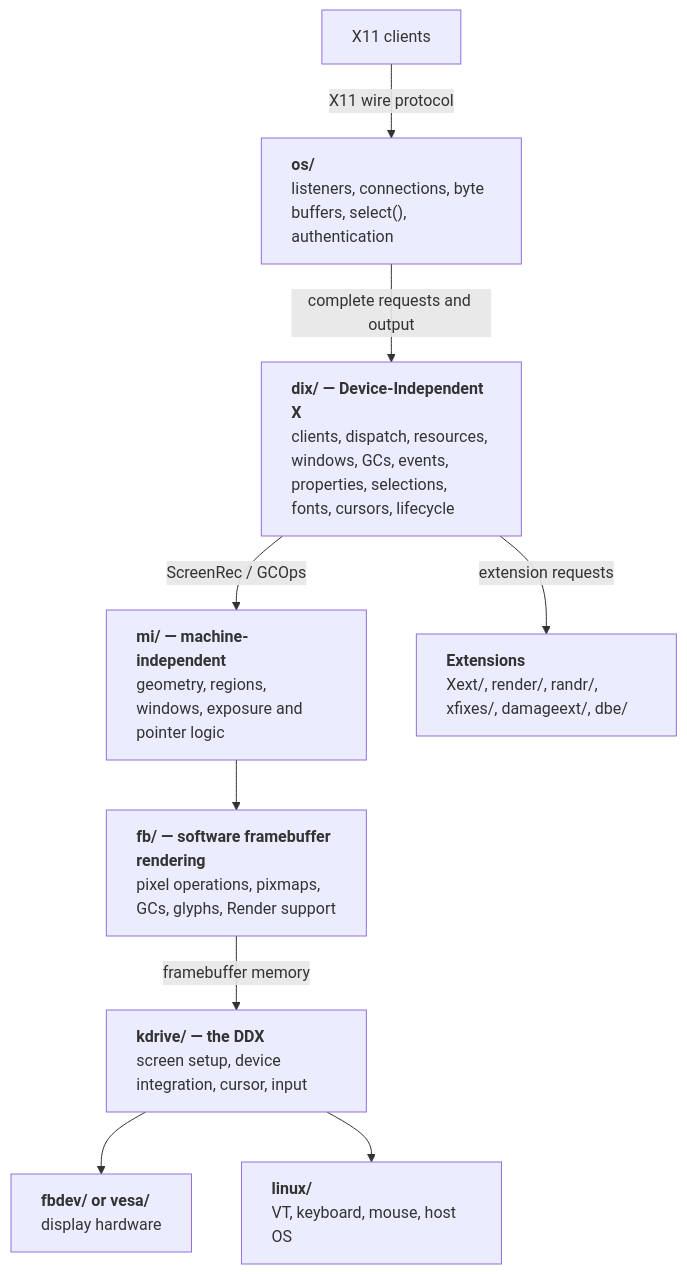
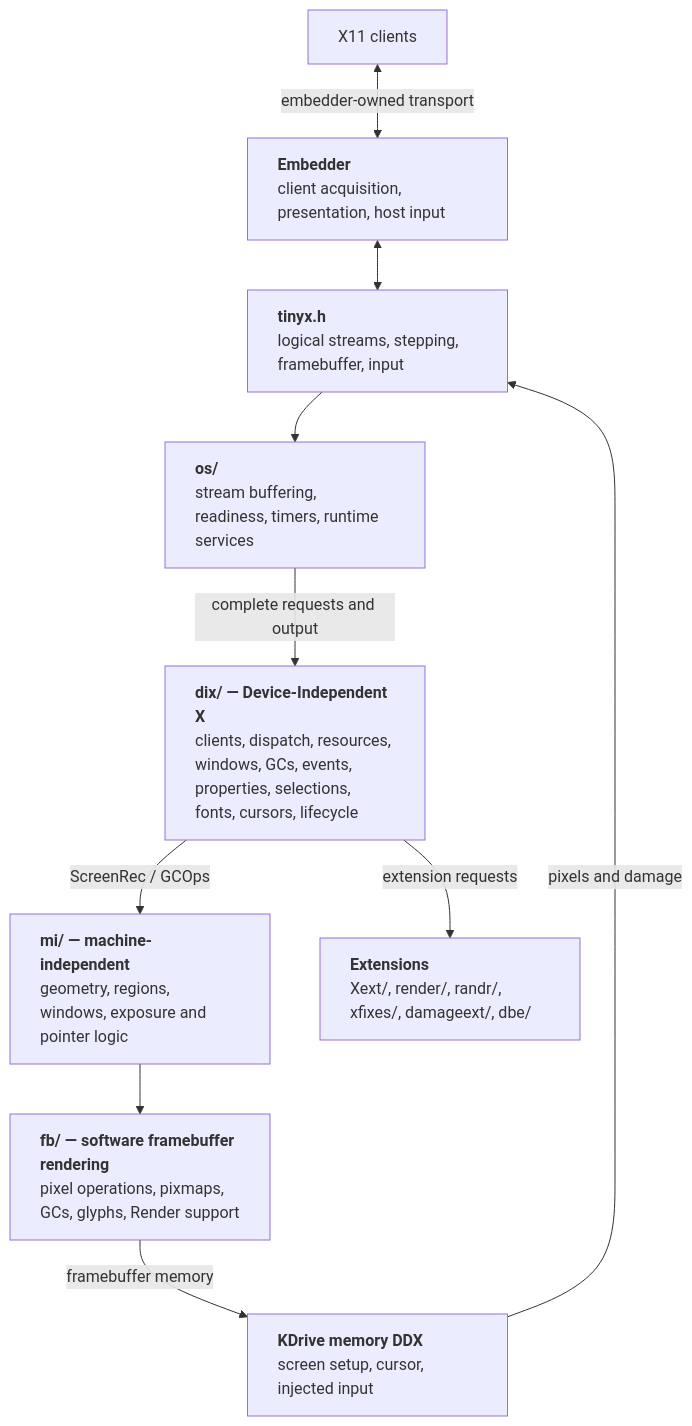
One commit to pgavlin/tinyx changed the first of 8 diagrams in docs/architecture.md. Above: the diagram before and after it, drawn with Mermaid. The commit also changed other lines of this file and 16 other files, not shown here.

````diff
--- a/docs/architecture.md
+++ b/docs/architecture.md
@@ -19,24 +19,25 @@
 ```mermaid
 flowchart TD
     clients["X11 clients"]
-    os["`**os/**<br/>listeners, connections, byte buffers, select(), authentication`"]
+    embedder["`**Embedder**<br/>client acquisition, presentation, host input`"]
+    api["`**tinyx.h**<br/>logical streams, stepping, framebuffer, input`"]
+    os["`**os/**<br/>stream buffering, readiness, timers, runtime services`"]
     dix["`**dix/ — Device-Independent X**<br/>clients, dispatch, resources, windows, GCs, events, properties, selections, fonts, cursors, lifecycle`"]
     mi["`**mi/ — machine-independent**<br/>geometry, regions, windows, exposure and pointer logic`"]
     extensions["`**Extensions**<br/>Xext/, render/, randr/, xfixes/, damageext/, dbe/`"]
     fb["`**fb/ — software framebuffer rendering**<br/>pixel operations, pixmaps, GCs, glyphs, Render support`"]
-    kdrive["`**kdrive/ — the DDX**<br/>screen setup, device integration, cursor, input`"]
-    display["`**fbdev/ or vesa/**<br/>display hardware`"]
-    linux["`**linux/**<br/>VT, keyboard, mouse, host OS`"]
+    kdrive["`**KDrive memory DDX**<br/>screen setup, cursor, injected input`"]
 
-    clients -->|X11 wire protocol| os
+    clients <-->|embedder-owned transport| embedder
+    embedder <--> api
+    api --> os
     os -->|complete requests and output| dix
     dix -->|ScreenRec / GCOps| mi
     dix -->|extension requests| extensions
     mi --> fb
     fb -->|framebuffer memory| kdrive
-    kdrive --> display
-    kdrive --> linux
+    kdrive -->|pixels and damage| api
 
     classDef prose text-align:left
-    class clients,os,dix,mi,extensions,fb,kdrive,display,linux prose
+    class clients,embedder,api,os,dix,mi,extensions,fb,kdrive prose
 ```
````
